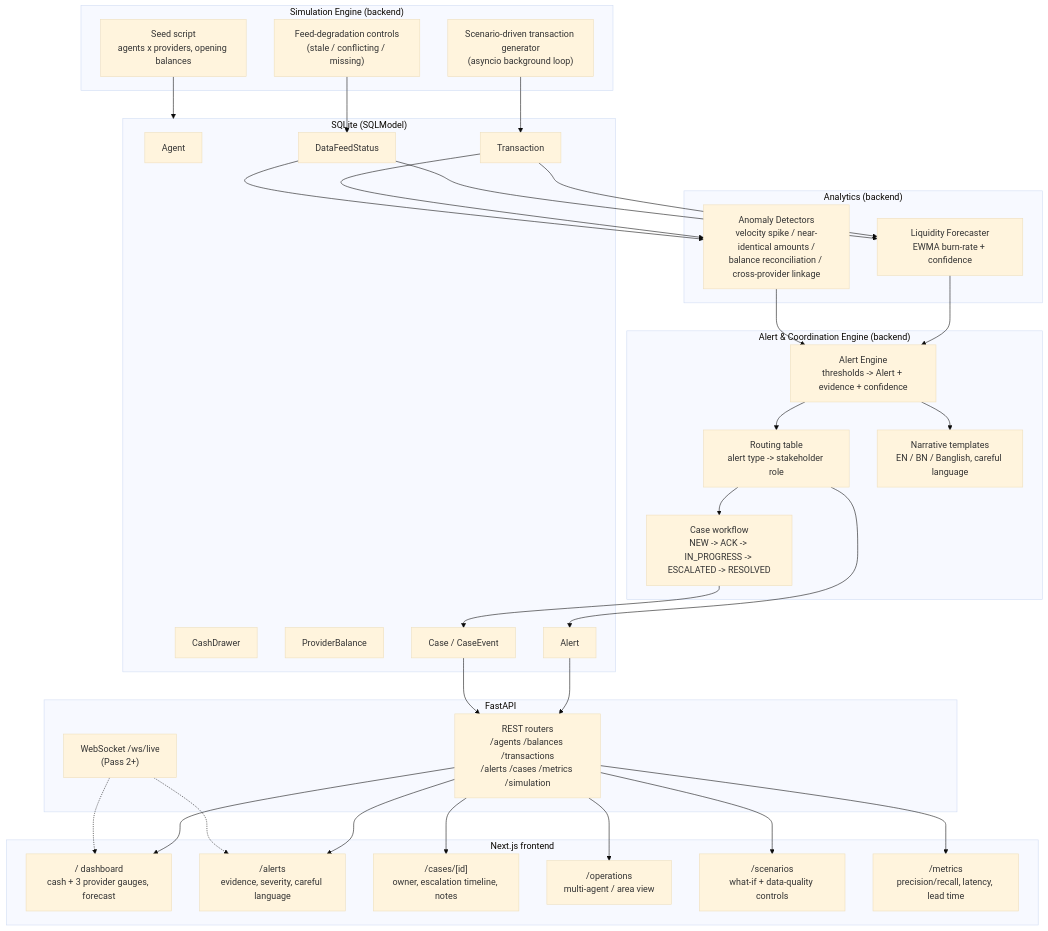
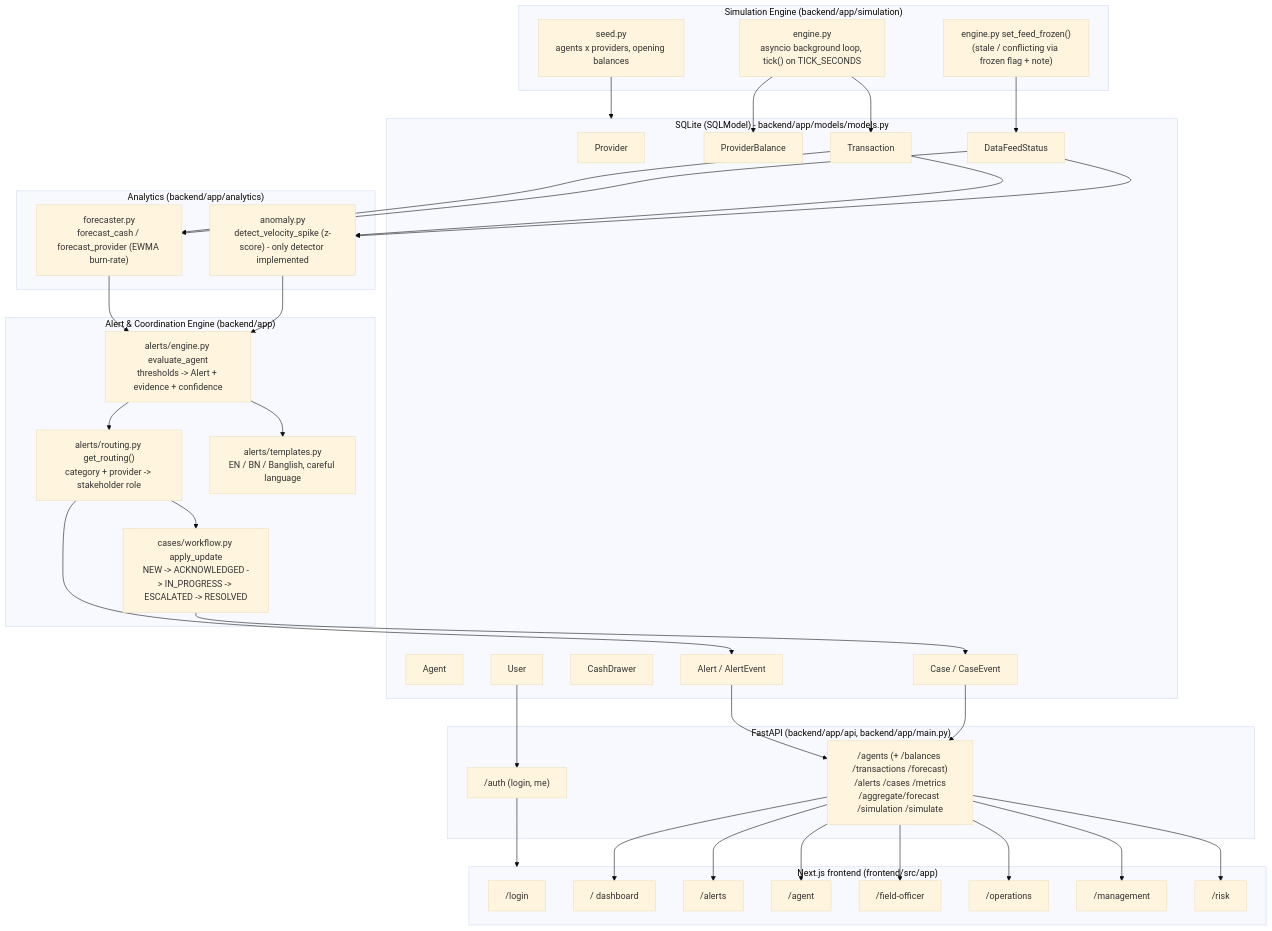
Before and after one commit to ayeshamashiat/SUST_Hackathon_Final: the first of 2 diagrams in README.md, drawn with Mermaid (base theme). The commit also changed other lines of this file and 3 other files, not shown here.

````diff
--- a/README.md
+++ b/README.md
@@ -132,67 +132,73 @@
 ```mermaid
 flowchart TB
-    subgraph SIM["Simulation Engine (backend)"]
-        SEED["Seed script<br/>agents x providers, opening balances"]
-        TICK["Scenario-driven transaction generator<br/>(asyncio background loop)"]
-        DEGRADE["Feed-degradation controls<br/>(stale / conflicting / missing)"]
+    subgraph SIM["Simulation Engine (backend/app/simulation)"]
+        SEED["seed.py<br/>agents x providers, opening balances"]
+        TICK["engine.py<br/>asyncio background loop, tick() on TICK_SECONDS"]
+        DEGRADE["engine.py set_feed_frozen()<br/>(stale / conflicting via frozen flag + note)"]
     end
 
-    subgraph DB["SQLite (SQLModel)"]
+    subgraph DB["SQLite (SQLModel) - backend/app/models/models.py"]
+        T_PROV["Provider"]
         T_AGENT["Agent"]
+        T_USER["User"]
         T_CASH["CashDrawer"]
         T_BAL["ProviderBalance"]
         T_TX["Transaction"]
         T_FEED["DataFeedStatus"]
-        T_ALERT["Alert"]
+        T_ALERT["Alert / AlertEvent"]
         T_CASE["Case / CaseEvent"]
     end
 
-    subgraph ANALYTICS["Analytics (backend)"]
-        FORECAST["Liquidity Forecaster<br/>EWMA burn-rate + confidence"]
-        DETECT["Anomaly Detectors<br/>velocity spike / near-identical amounts /<br/>balance reconciliation / cross-provider linkage"]
+    subgraph ANALYTICS["Analytics (backend/app/analytics)"]
+        FORECAST["forecaster.py<br/>forecast_cash / forecast_provider (EWMA burn-rate)"]
+        DETECT["anomaly.py<br/>detect_velocity_spike (z-score) - only detector implemented"]
     end
 
-    subgraph ALERTS["Alert & Coordination Engine (backend)"]
-        ENGINE["Alert Engine<br/>thresholds -> Alert + evidence + confidence"]
-        ROUTE["Routing table<br/>alert type -> stakeholder role"]
-        CASEWF["Case workflow<br/>NEW -> ACK -> IN_PROGRESS -> ESCALATED -> RESOLVED"]
-        NARR["Narrative templates<br/>EN / BN / Banglish, careful language"]
+    subgraph ALERTS["Alert & Coordination Engine (backend/app)"]
+        ENGINE["alerts/engine.py evaluate_agent<br/>thresholds -> Alert + evidence + confidence"]
+        ROUTE["alerts/routing.py get_routing()<br/>category + provider -> stakeholder role"]
+        CASEWF["cases/workflow.py apply_update<br/>NEW -> ACKNOWLEDGED -> IN_PROGRESS -> ESCALATED -> RESOLVED"]
+        NARR["alerts/templates.py<br/>EN / BN / Banglish, careful language"]
     end
 
-    subgraph API["FastAPI"]
-        REST["REST routers<br/>/agents /balances /transactions<br/>/alerts /cases /metrics /simulation"]
-        WS["WebSocket /ws/live<br/>(Pass 2+)"]
+    subgraph API["FastAPI (backend/app/api, backend/app/main.py)"]
+        AUTH["/auth (login, me)"]
+        REST["/agents (+ /balances /transactions /forecast)<br/>/alerts /cases /metrics<br/>/aggregate/forecast /simulation /simulate"]
     end
 
-    subgraph FE["Next.js frontend"]
-        DASH["/ dashboard<br/>cash + 3 provider gauges, forecast"]
-        AL["/alerts<br/>evidence, severity, careful language"]
-        CS["/cases/[id]<br/>owner, escalation timeline, notes"]
-        OPS["/operations<br/>multi-agent / area view"]
-        SC["/scenarios<br/>what-if + data-quality controls"]
-        MET["/metrics<br/>precision/recall, latency, lead time"]
+    subgraph FE["Next.js frontend (frontend/src/app)"]
+        LOGIN["/login"]
+        DASH["/ dashboard"]
+        AL["/alerts"]
+        AGENT["/agent"]
+        FO["/field-officer"]
+        OPS["/operations"]
+        MGMT["/management"]
+        RISK["/risk"]
     end
 
     SEED --> DB
     TICK --> T_TX
+    TICK --> T_BAL
     DEGRADE --> T_FEED
     T_TX --> FORECAST
     T_TX --> DETECT
     T_FEED --> FORECAST
     T_FEED --> DETECT
     FORECAST --> ENGINE
     DETECT --> ENGINE
     ENGINE --> ROUTE --> T_ALERT
     ROUTE --> CASEWF --> T_CASE
     ENGINE --> NARR
     T_ALERT --> REST
     T_CASE --> REST
+    T_USER --> AUTH
+    AUTH --> FE
     REST --> DASH
     REST --> AL
-    REST --> CS
+    REST --> AGENT
+    REST --> FO
     REST --> OPS
-    REST --> SC
-    REST --> MET
-    WS -.-> DASH
-    WS -.-> AL
+    REST --> MGMT
+    REST --> RISK
 ```
````
